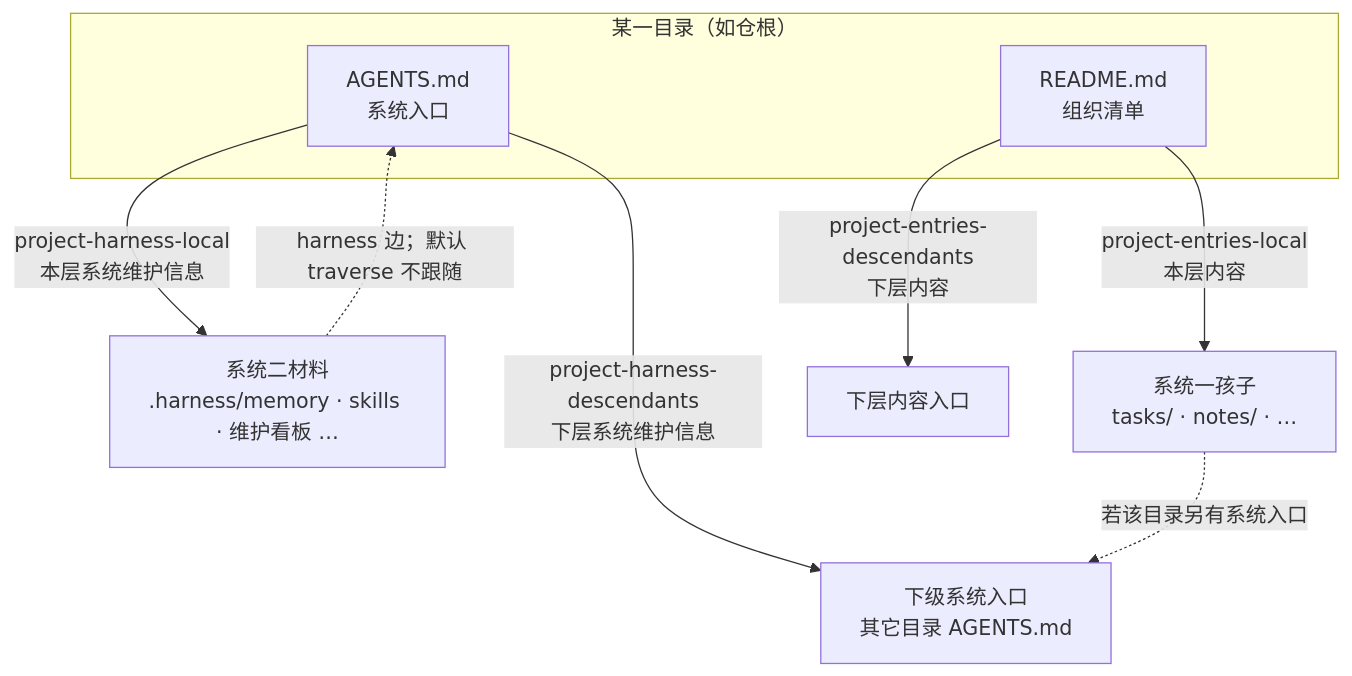
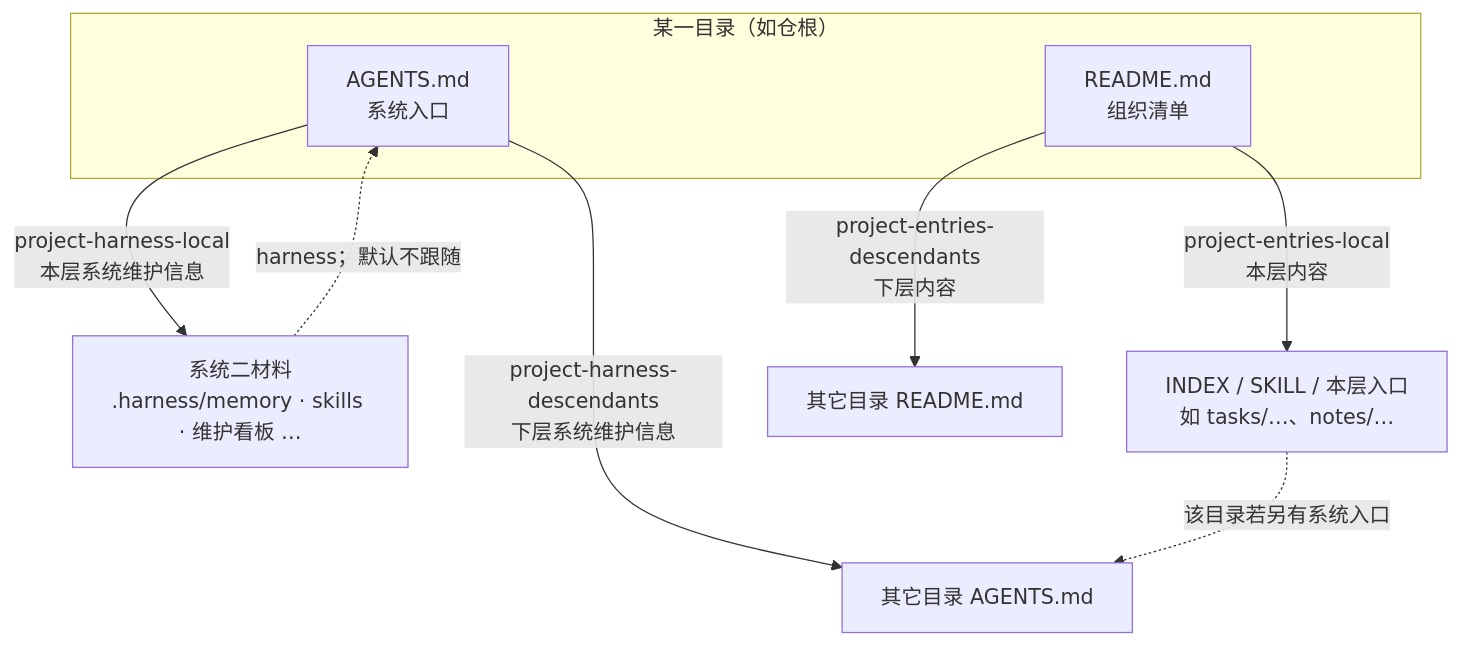
One commit to VirusPC/edges changed the third of 5 diagrams in docs/superpowers/specs/2026-10-06-recursive-system-two-entries-design.md. Above: the diagram before and after it, drawn with Mermaid. The commit also changed other lines of this file and 4 other files, not shown here.

````diff
--- a/docs/superpowers/specs/2026-10-06-recursive-system-two-entries-design.md
+++ b/docs/superpowers/specs/2026-10-06-recursive-system-two-entries-design.md
@@ -91,16 +112,16 @@
 ```mermaid
 flowchart TB
   subgraph dir["某一目录（如仓根）"]
     AGENTS["AGENTS.md<br/>系统入口"]
     README["README.md<br/>组织清单"]
   end
 
   AGENTS -->|project-harness-local<br/>本层系统维护信息| M["系统二材料<br/>.harness/memory · skills · 维护看板 …"]
-  AGENTS -->|project-harness-descendants<br/>下层系统维护信息| ChildAgents["下级系统入口<br/>其它目录 AGENTS.md"]
+  AGENTS -->|project-harness-descendants<br/>下层系统维护信息| ChildAgents["其它目录 AGENTS.md"]
 
-  README -->|project-entries-local<br/>本层内容| Sys1["系统一孩子<br/>tasks/ · notes/ · …"]
-  README -->|project-entries-descendants<br/>下层内容| Deep["下层内容入口"]
+  README -->|project-entries-local<br/>本层内容| Sys1["INDEX / SKILL / 本层入口<br/>如 tasks/…、notes/…"]
+  README -->|project-entries-descendants<br/>下层内容| ChildReadme["其它目录 README.md"]
 
-  Sys1 -. 若该目录另有系统入口 .-> ChildAgents
-  M -. harness 边；默认 traverse 不跟随 .-> AGENTS
+  Sys1 -. 该目录若另有系统入口 .-> ChildAgents
+  M -. harness；默认不跟随 .-> AGENTS
 ```
````
